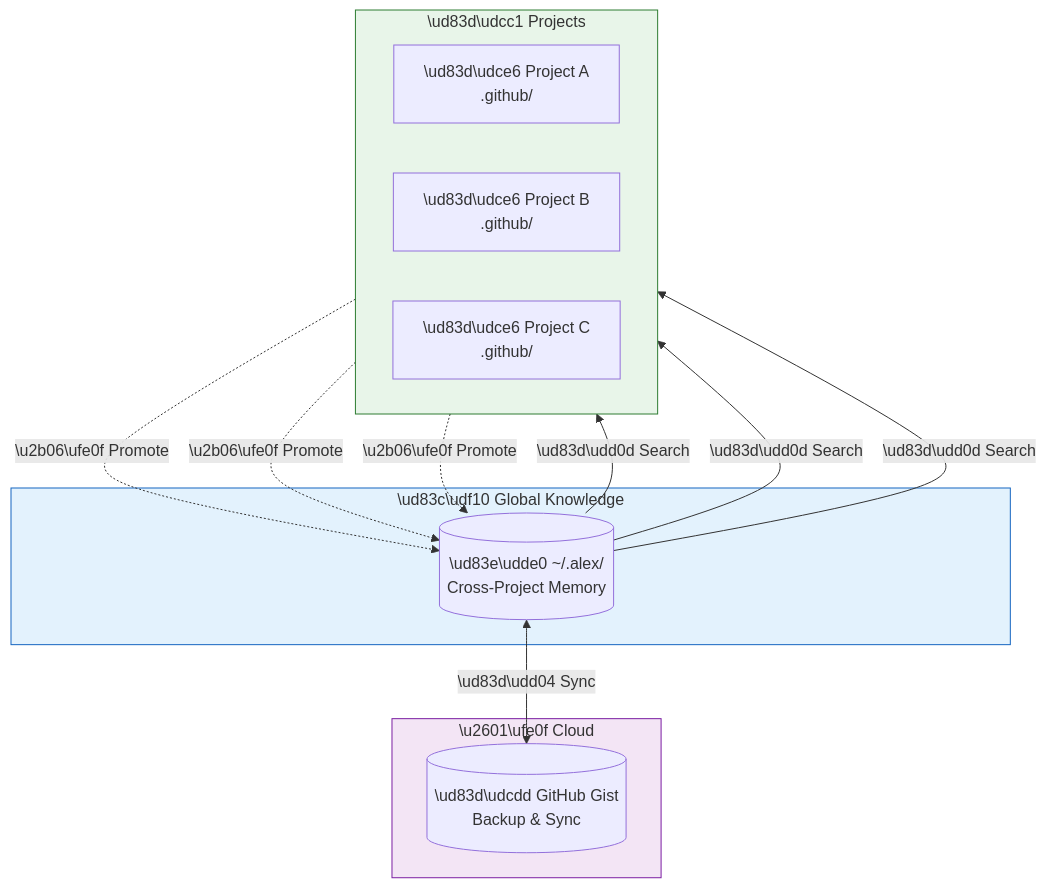
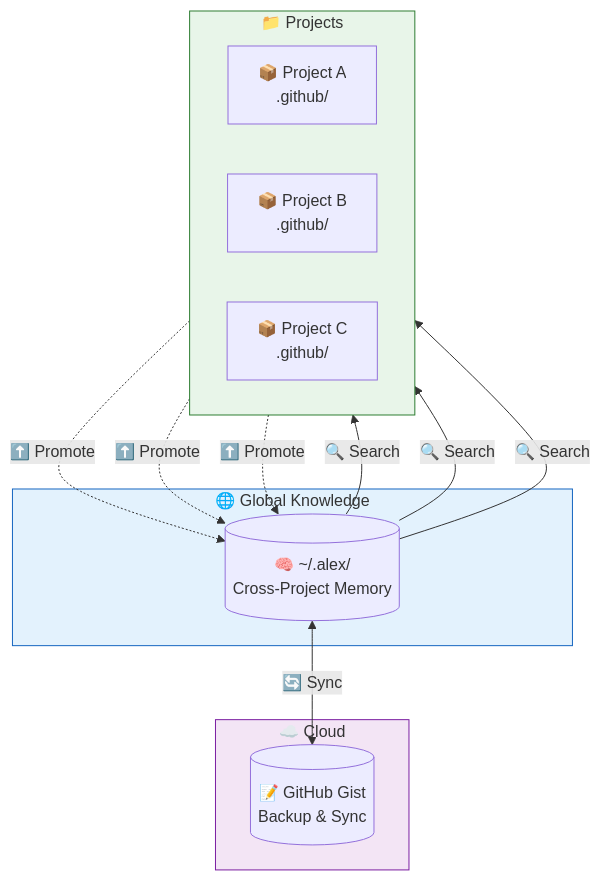
One commit to fabioc-aloha/Alex_Plug_In changed the first of 5 diagrams in alex_docs/GLOBAL-KNOWLEDGE.md. Above: the diagram before and after it, drawn with Mermaid. The commit also changed 15 other files, not shown here.

First line of the commit message:
feat: Skill architecture v1.0 + Mermaid diagram fixes

````diff
--- a/alex_docs/GLOBAL-KNOWLEDGE.md
+++ b/alex_docs/GLOBAL-KNOWLEDGE.md
@@ -11,31 +11,31 @@
 ```mermaid
 flowchart TB
-    subgraph PROJECTS["\ud83d\udcc1 Projects"]
+    subgraph PROJECTS["📁 Projects"]
         direction LR
-        P1["\ud83d\udce6 Project A<br/>.github/"]
-        P2["\ud83d\udce6 Project B<br/>.github/"]
-        P3["\ud83d\udce6 Project C<br/>.github/"]
+        P1["📦 Project A<br/>.github/"]
+        P2["📦 Project B<br/>.github/"]
+        P3["📦 Project C<br/>.github/"]
     end
 
-    subgraph GLOBAL["\ud83c\udf10 Global Knowledge"]
-        GK[("\ud83e\udde0 ~/.alex/<br/>Cross-Project Memory")]
+    subgraph GLOBAL["🌐 Global Knowledge"]
+        GK[("🧠 ~/.alex/<br/>Cross-Project Memory")]
     end
 
-    subgraph CLOUD["\u2601\ufe0f Cloud"]
-        GIST[("\ud83d\udcdd GitHub Gist<br/>Backup & Sync")]
+    subgraph CLOUD["☁️ Cloud"]
+        GIST[("📝 GitHub Gist<br/>Backup & Sync")]
     end
 
-    P1 -.->|"\u2b06\ufe0f Promote"| GK
-    P2 -.->|"\u2b06\ufe0f Promote"| GK
-    P3 -.->|"\u2b06\ufe0f Promote"| GK
+    P1 -.->|"⬆️ Promote"| GK
+    P2 -.->|"⬆️ Promote"| GK
+    P3 -.->|"⬆️ Promote"| GK
 
-    GK -->|"\ud83d\udd0d Search"| P1
-    GK -->|"\ud83d\udd0d Search"| P2
-    GK -->|"\ud83d\udd0d Search"| P3
+    GK -->|"🔍 Search"| P1
+    GK -->|"🔍 Search"| P2
+    GK -->|"🔍 Search"| P3
 
-    GK <-->|"\ud83d\udd04 Sync"| GIST
+    GK <-->|"🔄 Sync"| GIST
 
     style PROJECTS fill:#e8f5e9,stroke:#2e7d32
     style GLOBAL fill:#e3f2fd,stroke:#1565c0
     style CLOUD fill:#f3e5f5,stroke:#7b1fa2
 ```
````
